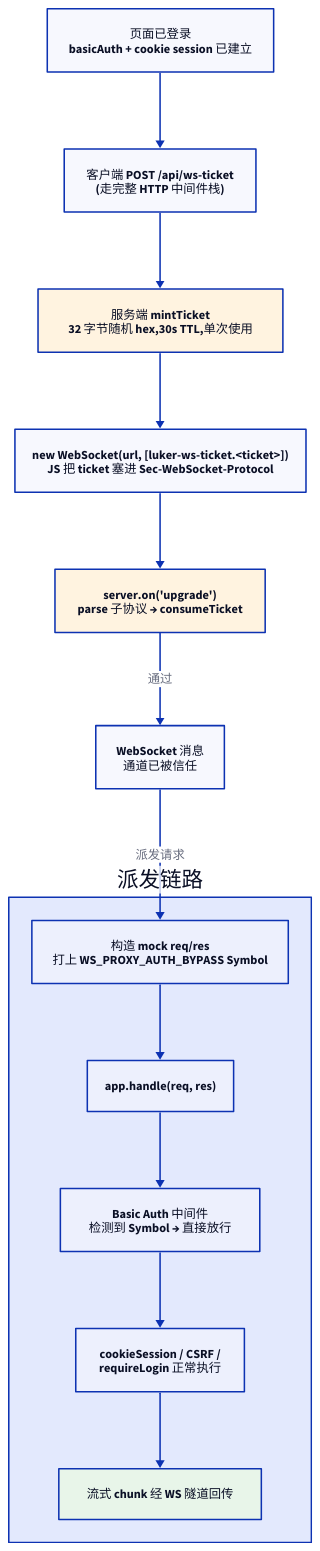
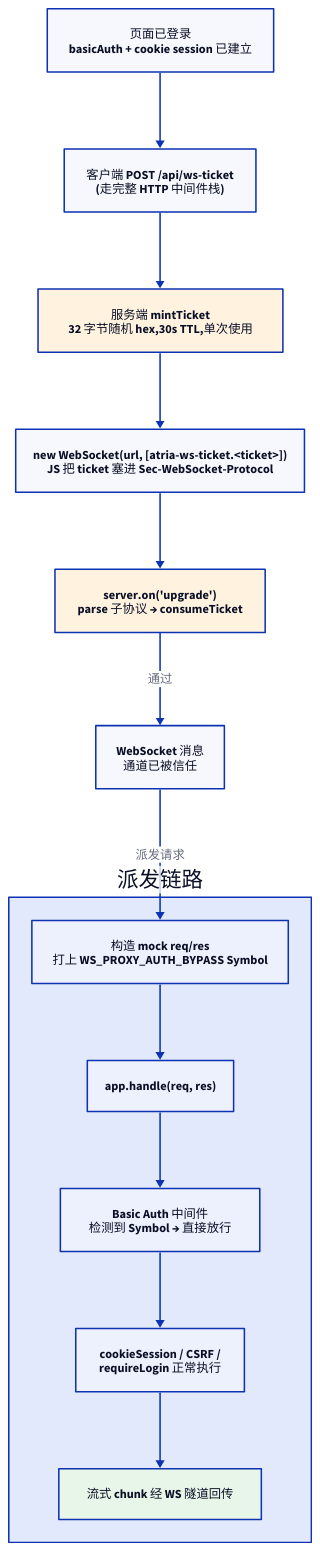
The second of 2 diagrams in docs/zh-CN/improvements/ws-proxy.md (ZZZdragondYNGPHX/Atria), drawn with D2 before and after one commit. The commit also changed other lines of this file and 1235 other files, not shown here.

````diff
--- a/docs/zh-CN/improvements/ws-proxy.md
+++ b/docs/zh-CN/improvements/ws-proxy.md
@@ -77,29 +77,29 @@
 ```d2
 direction: down
 
 LOGIN: "页面已登录\nbasicAuth + cookie session 已建立"
 TICKET_REQ: "客户端 POST /api/ws-ticket\n(走完整 HTTP 中间件栈)"
 TICKET_RESP: "服务端 mintTicket\n32 字节随机 hex,30s TTL,单次使用" {
   style.fill: "#fff3e0"
 }
-UP: "new WebSocket(url, [luker-ws-ticket.<ticket>])\nJS 把 ticket 塞进 Sec-WebSocket-Protocol"
+UP: "new WebSocket(url, [atria-ws-ticket.<ticket>])\nJS 把 ticket 塞进 Sec-WebSocket-Protocol"
 GATE: "server.on('upgrade')\nparse 子协议 → consumeTicket" {
   style.fill: "#fff3e0"
 }
 WS_MSG: "WebSocket 消息\n通道已被信任"
 
 DISPATCH: "派发链路" {
   GOOD_MOCK: "构造 mock req/res\n打上 WS_PROXY_AUTH_BYPASS Symbol"
   GOOD_HANDLE: "app.handle(req, res)"
   GOOD_BASIC: "Basic Auth 中间件\n检测到 Symbol → 直接放行"
   GOOD_REST: "cookieSession / CSRF /\nrequireLogin 正常执行"
   GOOD_RES: "流式 chunk 经 WS 隧道回传" {
     style.fill: "#e8f5e9"
   }
   GOOD_MOCK -> GOOD_HANDLE -> GOOD_BASIC -> GOOD_REST -> GOOD_RES
 }
 
 LOGIN -> TICKET_REQ -> TICKET_RESP -> UP -> GATE
 GATE -> WS_MSG: "通过"
 WS_MSG -> DISPATCH.GOOD_MOCK: "派发请求"
 ```
````
